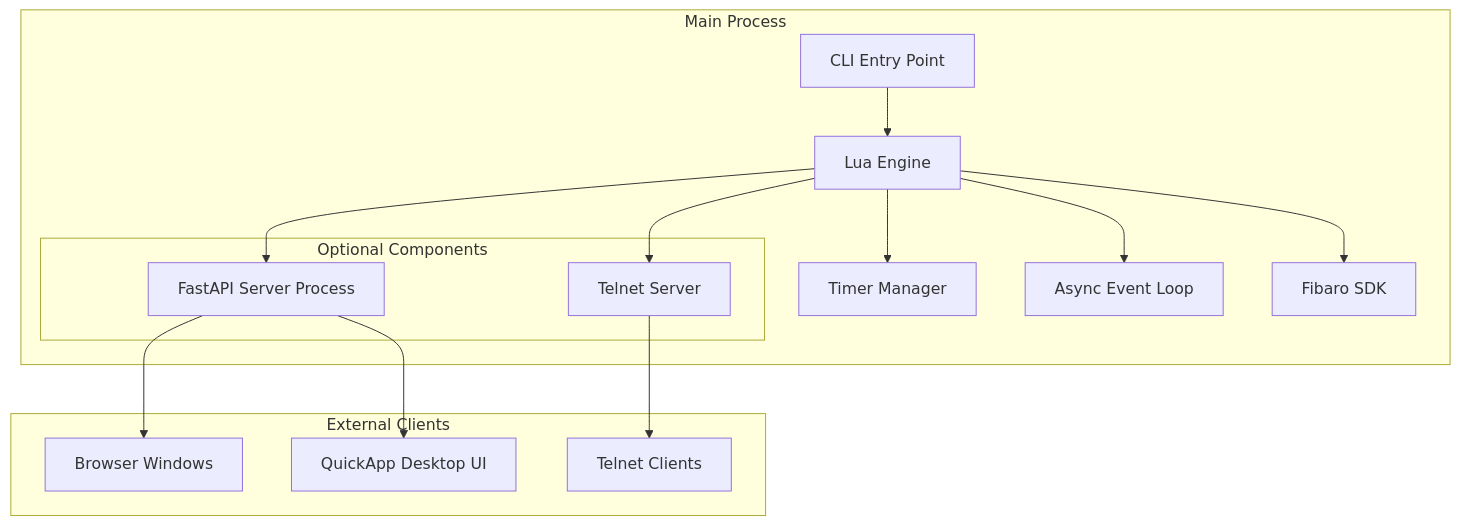
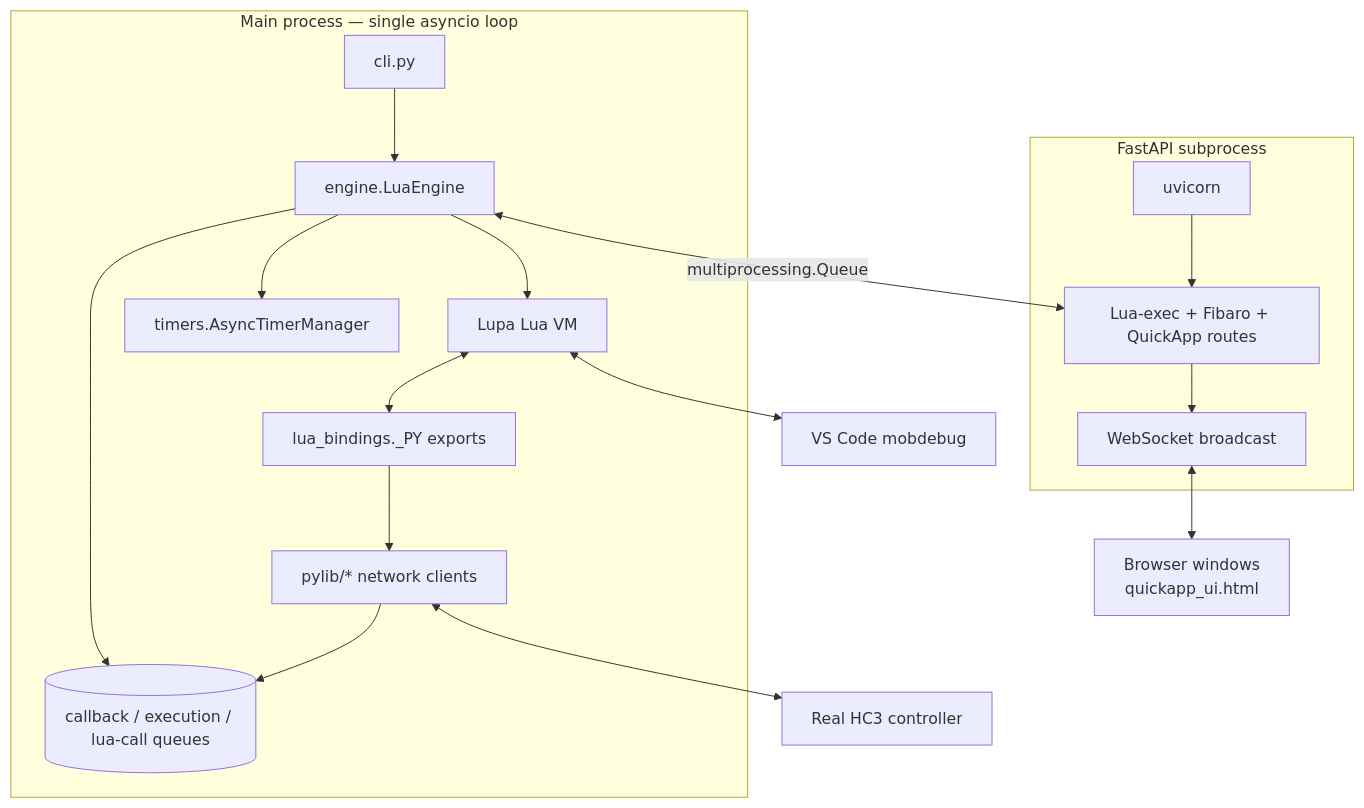
Before and after one commit to jangabrielsson/plua: the first of 2 diagrams in ARCHITECTURE.md, drawn with Mermaid. The commit also changed other lines of this file, not shown here.

Commit message:
docs: Revise PLua architecture documentation for clarity and detail on system components and data flow

````diff
--- a/ARCHITECTURE.md
+++ b/ARCHITECTURE.md
@@ -19,31 +41,37 @@
 ```mermaid
 graph TB
-    subgraph "Main Process"
-        CLI[CLI Entry Point]
-        LUA_ENGINE[Lua Engine]
-        TIMER_MGR[Timer Manager]
-        ASYNC_LOOP[Async Event Loop]
-        FIBARO_SDK[Fibaro SDK]
-        
-        subgraph "Optional Components"
-            FASTAPI[FastAPI Server Process]
-            TELNET[Telnet Server]
-        end
+    subgraph Main["Main process — single asyncio loop"]
+        CLI[cli.py]
+        ENGINE[engine.LuaEngine]
+        LUPA[Lupa Lua VM]
+        TIMERS[timers.AsyncTimerManager]
+        BINDINGS[lua_bindings._PY exports]
+        PYLIB[pylib/* network clients]
+        QUEUES[(callback / execution / lua-call queues)]
     end
-    
-    subgraph "External Clients"
-        BROWSER[Browser Windows]
-        QUICKAPP_UI[QuickApp Desktop UI]
-        TELNET_CLIENT[Telnet Clients]
+
+    subgraph FastAPI["FastAPI subprocess"]
+        UVICORN[uvicorn]
+        ROUTES[Lua-exec + Fibaro + QuickApp routes]
+        WS[WebSocket broadcast]
     end
-    
-    CLI --> LUA_ENGINE
-    LUA_ENGINE --> TIMER_MGR
-    LUA_ENGINE --> FIBARO_SDK
-    LUA_ENGINE --> ASYNC_LOOP
-    LUA_ENGINE --> FASTAPI
-    LUA_ENGINE --> TELNET
-    FASTAPI --> BROWSER
-    FASTAPI --> QUICKAPP_UI
-    TELNET --> TELNET_CLIENT
+
+    Browser[Browser windows<br/>quickapp_ui.html]
+    HC3[Real HC3 controller]
+    Debugger[VS Code mobdebug]
+
+    CLI --> ENGINE
+    ENGINE --> LUPA
+    ENGINE --> TIMERS
+    ENGINE --> QUEUES
+    LUPA <--> BINDINGS
+    BINDINGS --> PYLIB
+    PYLIB --> QUEUES
+
+    ENGINE <-- "multiprocessing.Queue" --> ROUTES
+    UVICORN --> ROUTES
+    ROUTES --> WS
+    WS <--> Browser
+    PYLIB <--> HC3
+    LUPA <--> Debugger
 ```
````
